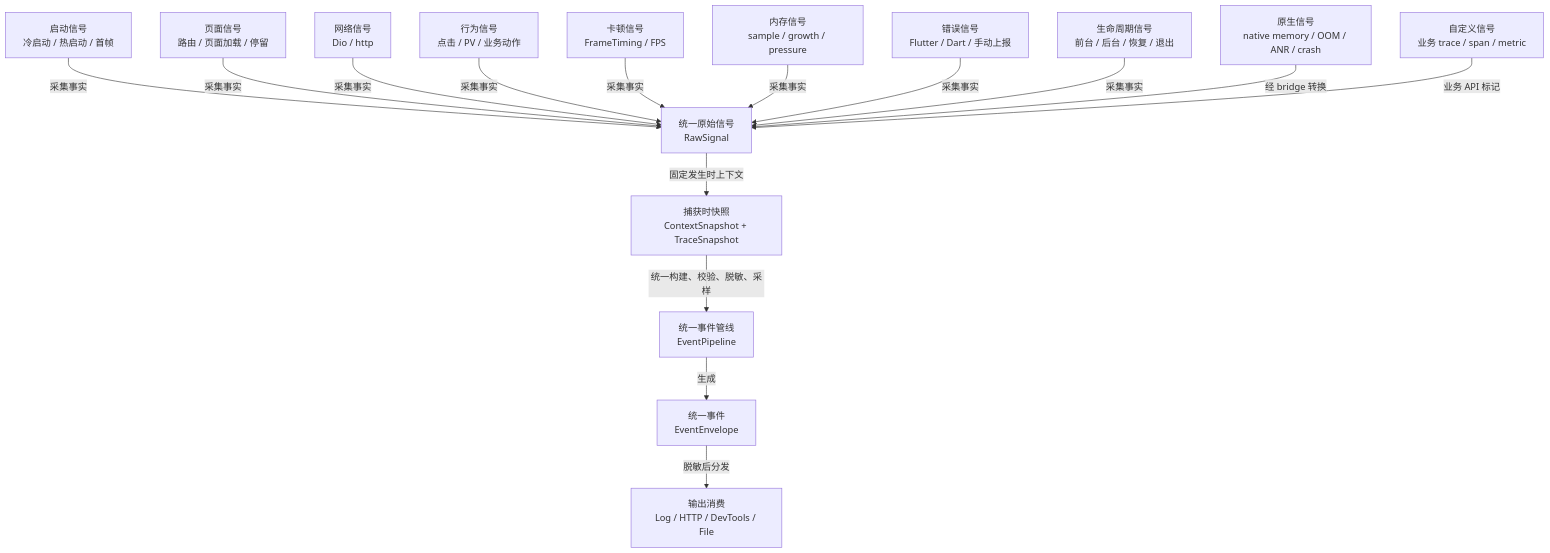
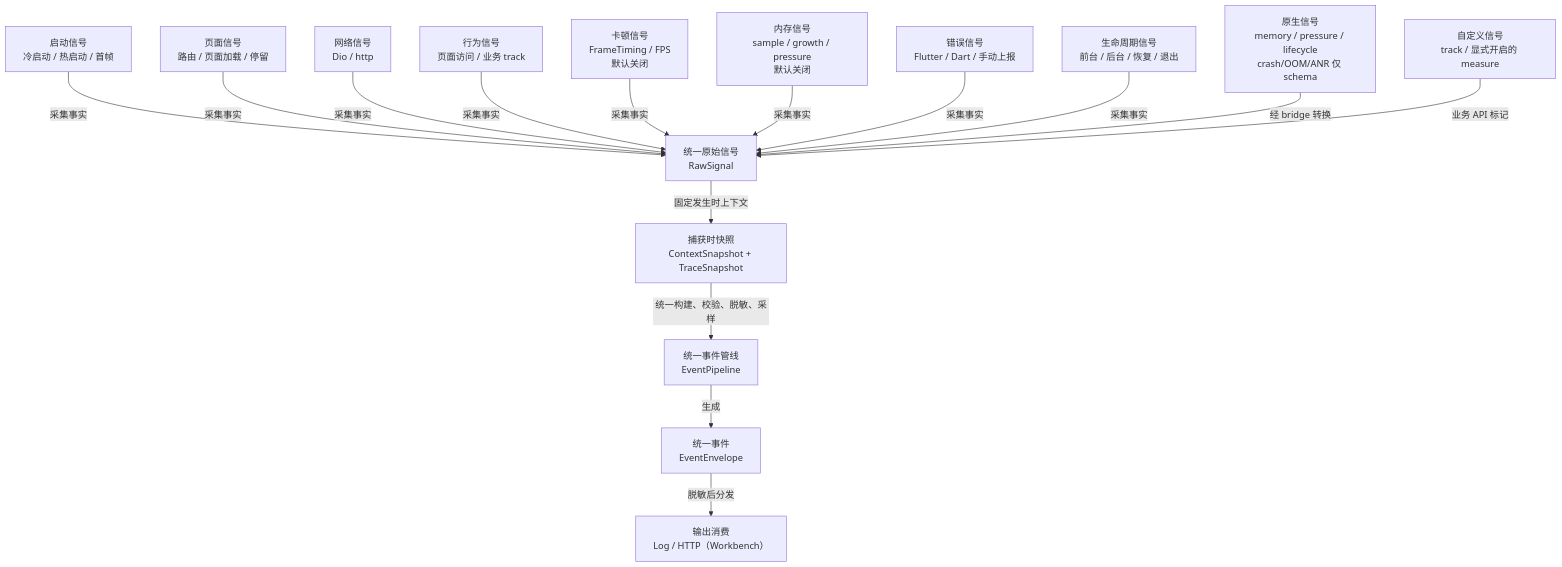
The diagram in docs/signal_collection.md (xinqingaa/flutter_monitor), drawn with Mermaid before and after one commit. The commit also changed other lines of this file and 12 other files, not shown here.

````diff
--- a/docs/signal_collection.md
+++ b/docs/signal_collection.md
@@ -28,35 +28,35 @@
 ```mermaid
 flowchart TD
   Launch["启动信号<br/>冷启动 / 热启动 / 首帧"]
   Page["页面信号<br/>路由 / 页面加载 / 停留"]
   Network["网络信号<br/>Dio / http"]
-  Behavior["行为信号<br/>点击 / PV / 业务动作"]
-  Jank["卡顿信号<br/>FrameTiming / FPS"]
-  Memory["内存信号<br/>sample / growth / pressure"]
+  Behavior["行为信号<br/>页面访问 / 业务 track"]
+  Jank["卡顿信号<br/>FrameTiming / FPS<br/>默认关闭"]
+  Memory["内存信号<br/>sample / growth / pressure<br/>默认关闭"]
   Error["错误信号<br/>Flutter / Dart / 手动上报"]
   Lifecycle["生命周期信号<br/>前台 / 后台 / 恢复 / 退出"]
-  Native["原生信号<br/>native memory / OOM / ANR / crash"]
-  Custom["自定义信号<br/>业务 trace / span / metric"]
+  Native["原生信号<br/>memory / pressure / lifecycle<br/>crash/OOM/ANR 仅 schema"]
+  Custom["自定义信号<br/>track / 显式开启的 measure"]
 
   Raw["统一原始信号<br/>RawSignal"]
   Snapshot["捕获时快照<br/>ContextSnapshot + TraceSnapshot"]
   Pipeline["统一事件管线<br/>EventPipeline"]
   Envelope["统一事件<br/>EventEnvelope"]
-  Outputs["输出消费<br/>Log / HTTP / DevTools / File"]
+  Outputs["输出消费<br/>Log / HTTP（Workbench）"]
 
   Launch -->|"采集事实"| Raw
   Page -->|"采集事实"| Raw
   Network -->|"采集事实"| Raw
   Behavior -->|"采集事实"| Raw
   Jank -->|"采集事实"| Raw
   Memory -->|"采集事实"| Raw
   Error -->|"采集事实"| Raw
   Lifecycle -->|"采集事实"| Raw
   Native -->|"经 bridge 转换"| Raw
   Custom -->|"业务 API 标记"| Raw
 
   Raw -->|"固定发生时上下文"| Snapshot
   Snapshot -->|"统一构建、校验、脱敏、采样"| Pipeline
   Pipeline -->|"生成"| Envelope
   Envelope -->|"脱敏后分发"| Outputs
 ```
````
